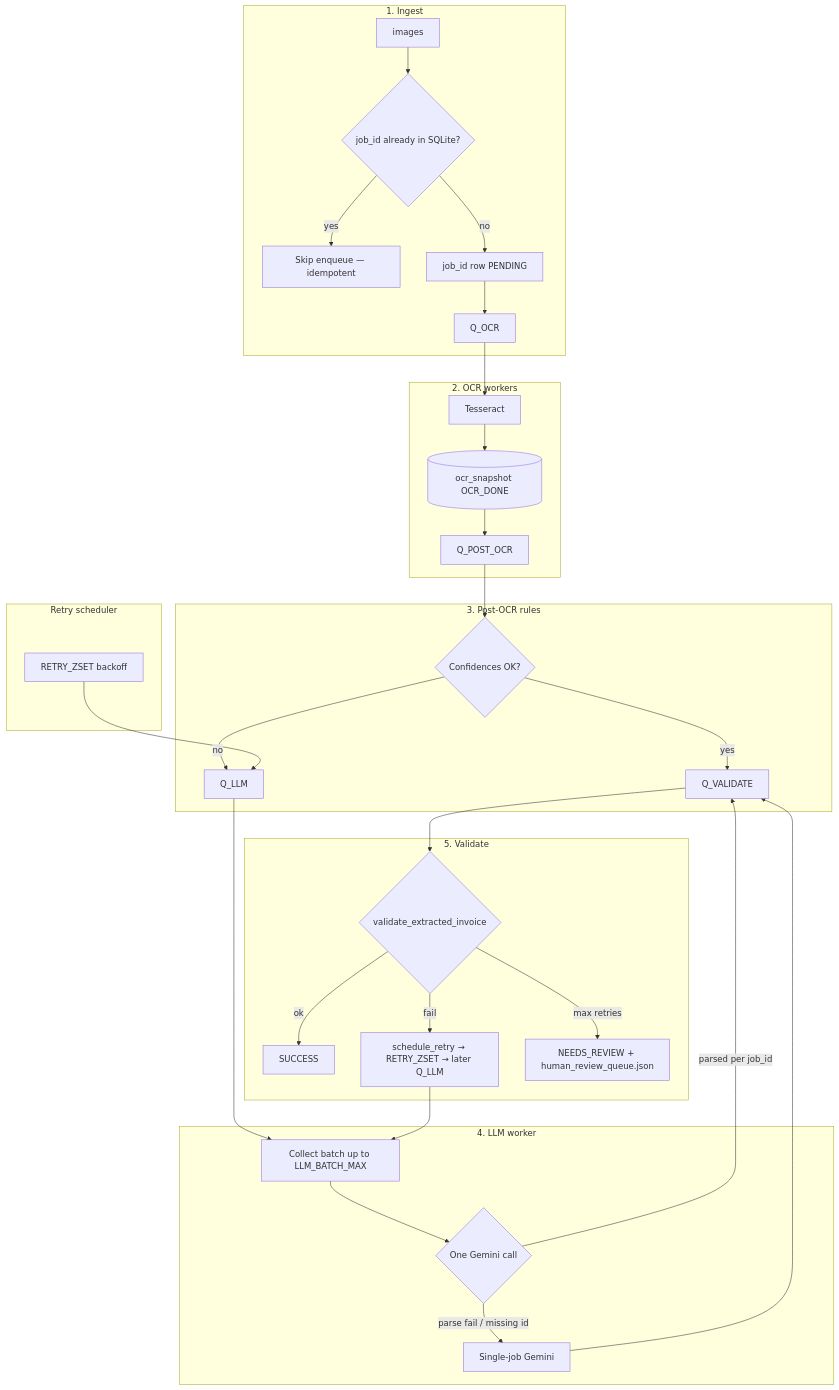
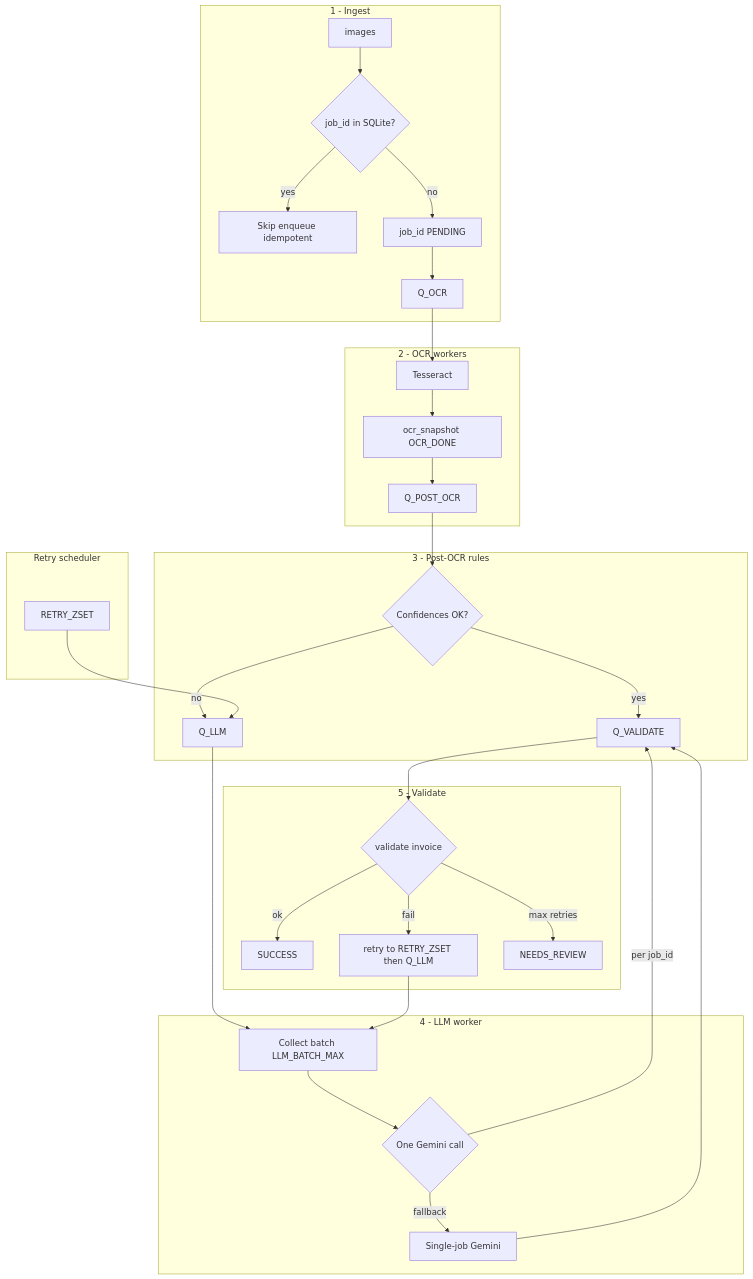
The diagram in README.md (01akhil/invoice-info-extractor), drawn with Mermaid before and after one commit. The commit also changed other lines of this file, not shown here.

Commit message:
initial-commit

````diff
--- a/README.md
+++ b/README.md
@@ -200,42 +200,42 @@
 ```mermaid
-flowchart TB
-  subgraph ingest [1. Ingest]
+graph TB
+  subgraph s1[1 - Ingest]
     F[images]
-    F --> DUP{job_id already in SQLite?}
-    DUP -->|yes| SKIP[Skip enqueue — idempotent]
-    DUP -->|no| ID[job_id row PENDING]
+    F --> DUP{job_id in SQLite?}
+    DUP -->|yes| SKIP[Skip enqueue idempotent]
+    DUP -->|no| ID[job_id PENDING]
     ID --> QO[Q_OCR]
   end
 
-  subgraph ocr [2. OCR workers]
+  subgraph s2[2 - OCR workers]
     QO --> TESS[Tesseract]
-    TESS --> DB1[(ocr_snapshot OCR_DONE)]
+    TESS --> DB1[ocr_snapshot OCR_DONE]
     DB1 --> QP[Q_POST_OCR]
   end
 
-  subgraph rules [3. Post-OCR rules]
+  subgraph s3[3 - Post-OCR rules]
     QP --> R{Confidences OK?}
     R -->|yes| QV[Q_VALIDATE]
     R -->|no| QL[Q_LLM]
   end
 
-  subgraph llm [4. LLM worker]
-    QL --> COL[Collect batch up to LLM_BATCH_MAX]
+  subgraph s4[4 - LLM worker]
+    QL --> COL[Collect batch LLM_BATCH_MAX]
     COL --> GEM{One Gemini call}
-    GEM -->|parsed per job_id| QV
-    GEM -->|parse fail / missing id| ONE[Single-job Gemini]
+    GEM -->|per job_id| QV
+    GEM -->|fallback| ONE[Single-job Gemini]
     ONE --> QV
   end
 
-  subgraph val [5. Validate]
-    QV --> V{validate_extracted_invoice}
+  subgraph s5[5 - Validate]
+    QV --> V{validate invoice}
     V -->|ok| OK[SUCCESS]
-    V -->|fail| RETRY[schedule_retry → RETRY_ZSET → later Q_LLM]
+    V -->|fail| RETRY[retry to RETRY_ZSET then Q_LLM]
     RETRY --> COL
-    V -->|max retries| HR[NEEDS_REVIEW + human_review_queue.json]
+    V -->|max retries| HR[NEEDS_REVIEW]
   end
 
-  subgraph sched [Retry scheduler]
-    Z[RETRY_ZSET backoff] --> QL
+  subgraph s6[Retry scheduler]
+    Z[RETRY_ZSET] --> QL
   end
 ```
````
